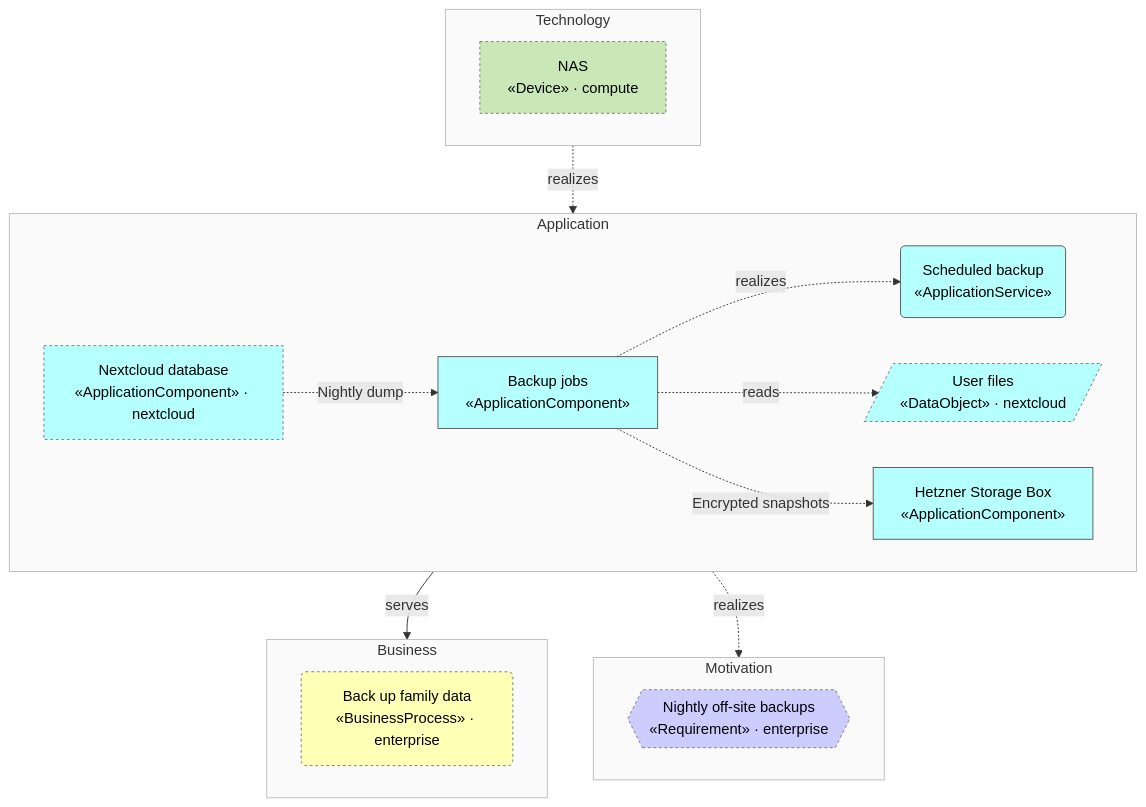
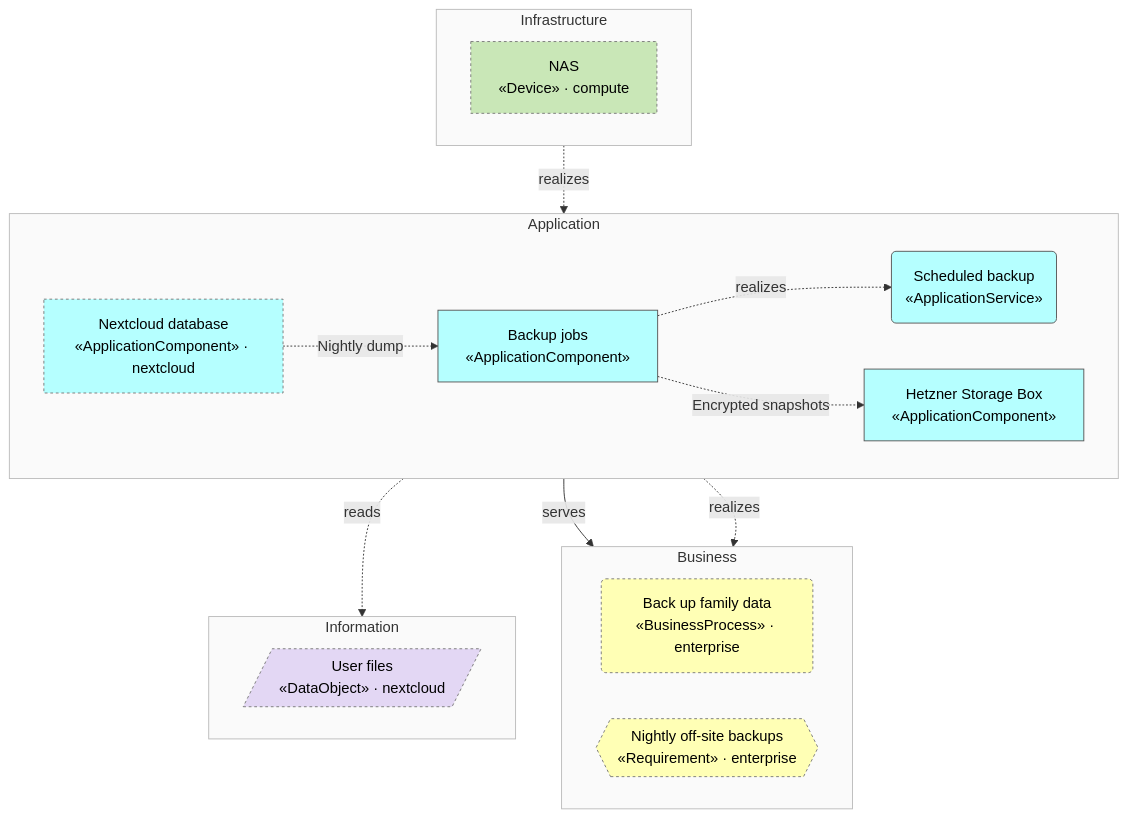
Before and after one commit to b-zig/a4m: the third of 3 diagrams in docs/backup/view-overview.md, drawn with Mermaid. The commit also changed other lines of this file and 83 other files, not shown here.

````diff
--- a/docs/backup/view-overview.md
+++ b/docs/backup/view-overview.md
@@ -114,44 +114,44 @@
 ```mermaid
 flowchart TB
-  subgraph layer_motivation["Motivation"]
-    direction LR
-    enterprise__mot_req_backup{{"Nightly off-site backups<br/>«Requirement» · enterprise"}}
-  end
   subgraph layer_business["Business"]
     direction LR
     enterprise__bus_proc_backup("Back up family data<br/>«BusinessProcess» · enterprise")
+    enterprise__bus_req_backup{{"Nightly off-site backups<br/>«Requirement» · enterprise"}}
+  end
+  subgraph layer_information["Information"]
+    direction LR
+    nextcloud__data_files[/"User files<br/>«DataObject» · nextcloud"/]
   end
   subgraph layer_application["Application"]
     direction LR
     app_backup["Backup jobs<br/>«ApplicationComponent»"]
     app_svc_backup("Scheduled backup<br/>«ApplicationService»")
     app_offsite_hetzner["Hetzner Storage Box<br/>«ApplicationComponent»"]
-    nextcloud__app_data_files[/"User files<br/>«DataObject» · nextcloud"/]
     nextcloud__app_nextcloud_db["Nextcloud database<br/>«ApplicationComponent» · nextcloud"]
   end
-  subgraph layer_technology["Technology"]
+  subgraph layer_infrastructure["Infrastructure"]
     direction LR
-    compute__tech_nas["NAS<br/>«Device» · compute"]
+    compute__infra_nas["NAS<br/>«Device» · compute"]
   end
   app_backup -.->|"realizes"| app_svc_backup
   app_svc_backup -->|"serves"| enterprise__bus_proc_backup
-  app_backup -.->|"realizes"| enterprise__mot_req_backup
-  compute__tech_nas -.->|"realizes"| app_backup
-  app_backup -.->|"reads"| nextcloud__app_data_files
+  app_backup -.->|"realizes"| enterprise__bus_req_backup
+  compute__infra_nas -.->|"realizes"| app_backup
+  app_backup -.->|"reads"| nextcloud__data_files
   nextcloud__app_nextcloud_db -.->|"Nightly dump"| app_backup
   app_backup -.->|"Encrypted snapshots"| app_offsite_hetzner
-  classDef motivation fill:#CCCCFF,stroke:#555,color:#000
-  class enterprise__mot_req_backup motivation
-  style layer_motivation fill:#fafafa,stroke:#bbb
   classDef business fill:#FFFFB5,stroke:#555,color:#000
-  class enterprise__bus_proc_backup business
+  class enterprise__bus_proc_backup,enterprise__bus_req_backup business
   style layer_business fill:#fafafa,stroke:#bbb
+  classDef information fill:#E3D7F4,stroke:#555,color:#000
+  class nextcloud__data_files information
+  style layer_information fill:#fafafa,stroke:#bbb
   classDef application fill:#B5FFFF,stroke:#555,color:#000
-  class app_backup,app_svc_backup,app_offsite_hetzner,nextcloud__app_data_files,nextcloud__app_nextcloud_db application
+  class app_backup,app_svc_backup,app_offsite_hetzner,nextcloud__app_nextcloud_db application
   style layer_application fill:#fafafa,stroke:#bbb
-  classDef technology fill:#C9E7B7,stroke:#555,color:#000
-  class compute__tech_nas technology
-  style layer_technology fill:#fafafa,stroke:#bbb
+  classDef infrastructure fill:#C9E7B7,stroke:#555,color:#000
+  class compute__infra_nas infrastructure
+  style layer_infrastructure fill:#fafafa,stroke:#bbb
   classDef foreign stroke:#777,stroke-dasharray:3 3
-  class compute__tech_nas,enterprise__bus_proc_backup,enterprise__mot_req_backup,nextcloud__app_data_files,nextcloud__app_nextcloud_db foreign
+  class compute__infra_nas,enterprise__bus_proc_backup,enterprise__bus_req_backup,nextcloud__app_nextcloud_db,nextcloud__data_files foreign
 ```
````
